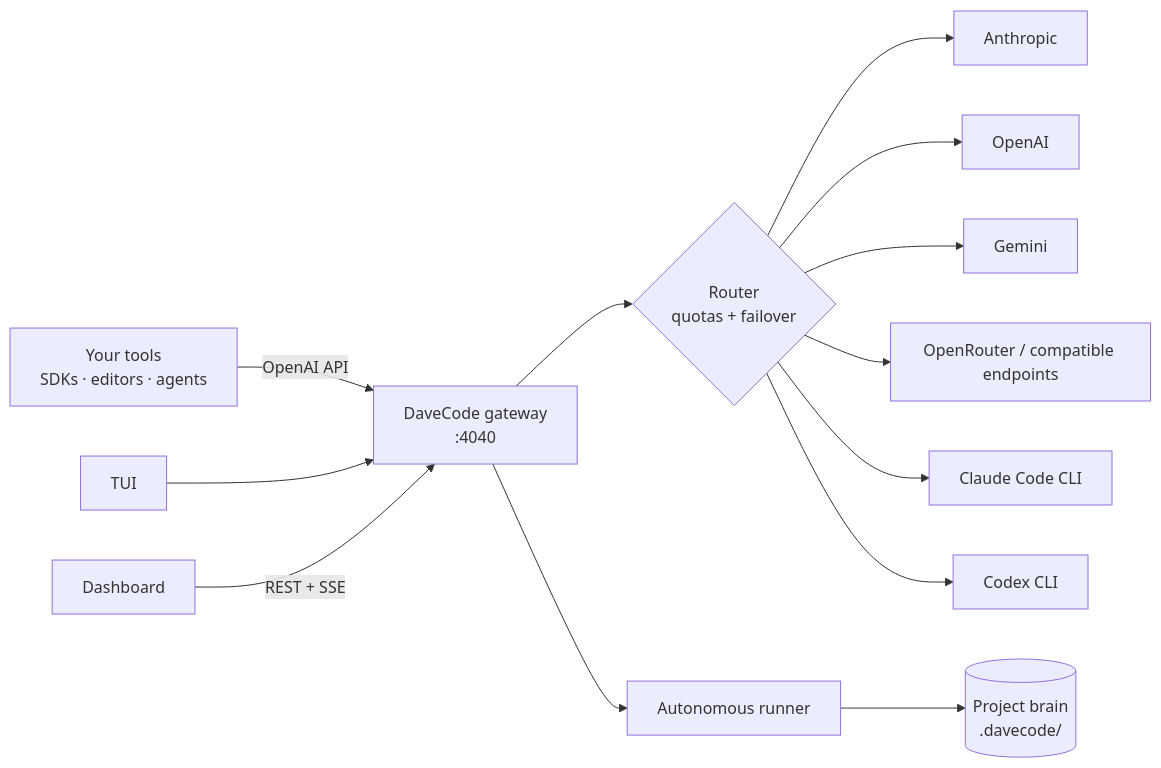
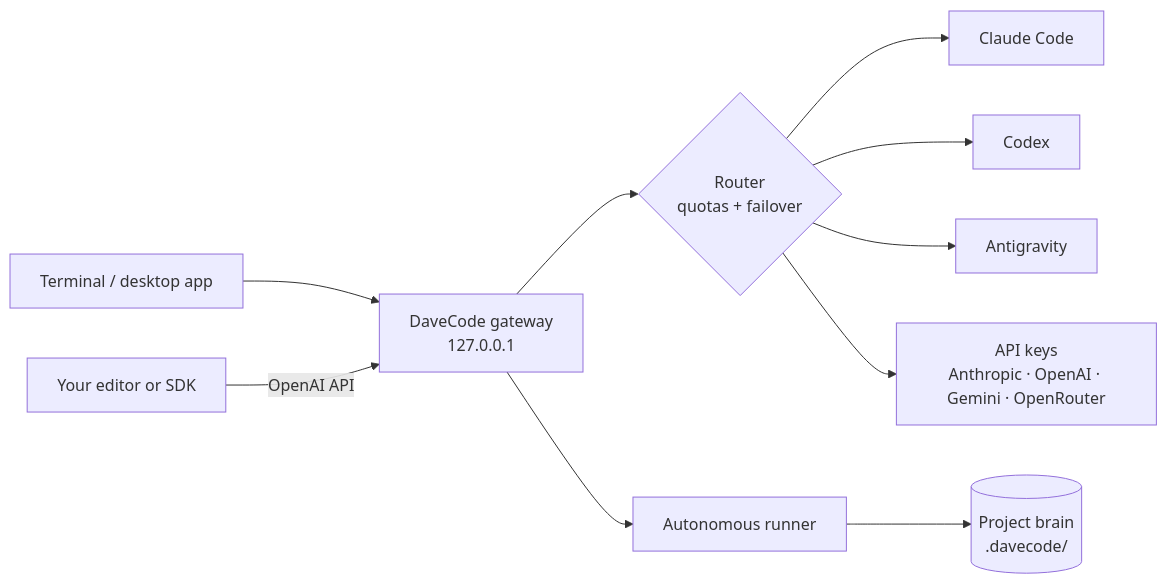
Before and after one commit to DMRLZZ/DaveCode: the diagram in README.md, drawn with Mermaid. The commit also changed other lines of this file and 8 other files, not shown here.

Commit message:
docs: update README, architecture and project state for v0.4

````diff
--- a/README.md
+++ b/README.md
@@ -52,15 +80,12 @@
 ```mermaid
 flowchart LR
-  C[Your tools<br/>SDKs · editors · agents] -->|OpenAI API| G[DaveCode gateway<br/>:4040]
-  T[TUI] --> G
-  D[Dashboard] -->|REST + SSE| G
+  T[Terminal / desktop app] --> G[DaveCode gateway<br/>127.0.0.1]
+  E[Your editor or SDK] -->|OpenAI API| G
   G --> R{Router<br/>quotas + failover}
-  R --> A[Anthropic]
-  R --> O[OpenAI]
-  R --> M[Gemini]
-  R --> L[OpenRouter / compatible endpoints]
-  R --> CC[Claude Code CLI]
-  R --> CX[Codex CLI]
-  G --> E[Autonomous runner]
-  E --> B[(Project brain<br/>.davecode/)]
+  R --> CC[Claude Code]
+  R --> CX[Codex]
+  R --> AG[Antigravity]
+  R --> K[API keys<br/>Anthropic · OpenAI · Gemini · OpenRouter]
+  G --> X[Autonomous runner]
+  X --> B[(Project brain<br/>.davecode/)]
 ```
````
